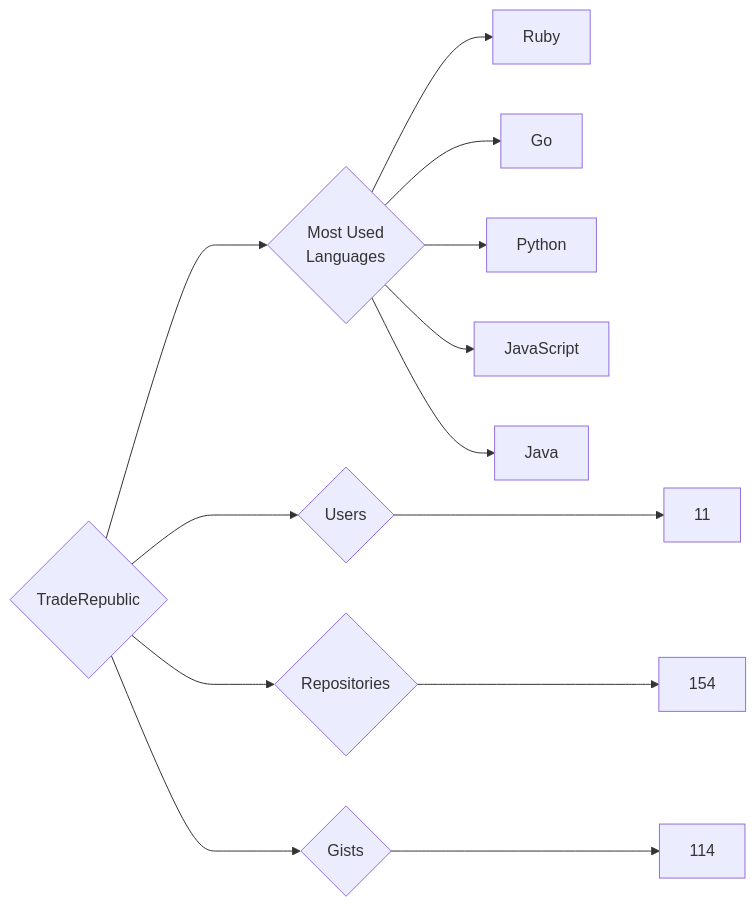
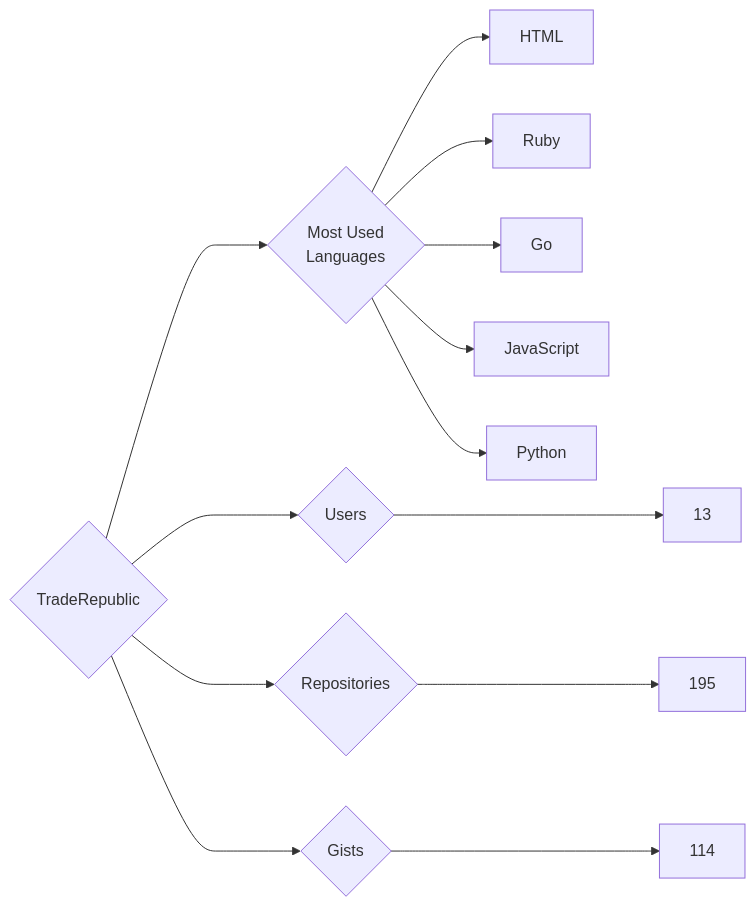
One commit to trickest/insiders changed the diagram in targets/TradeRepublic/README.md. Above: the diagram before and after it, drawn with Mermaid. The commit also changed 1484 other files, not shown here.

````diff
--- a/targets/TradeRepublic/README.md
+++ b/targets/TradeRepublic/README.md
@@ -3,13 +3,13 @@
 ```mermaid
 graph LR
 COMPANY_NAME{TradeRepublic}
-COMPANY_NAME ---> U{Users} ---> UN[11]
-COMPANY_NAME ---> R{Repositories} ---> RN[154]
+COMPANY_NAME ---> U{Users} ---> UN[13]
+COMPANY_NAME ---> R{Repositories} ---> RN[195]
 COMPANY_NAME ---> G{Gists} ---> GN[114]
 COMPANY_NAME ---> ML{Most Used<br>Languages}
+ML --> HTML[HTML]
 ML --> Ruby[Ruby]
 ML --> Go[Go]
+ML --> JavaScript[JavaScript]
 ML --> Python[Python]
-ML --> JavaScript[JavaScript]
-ML --> Java[Java]
 ```
````
